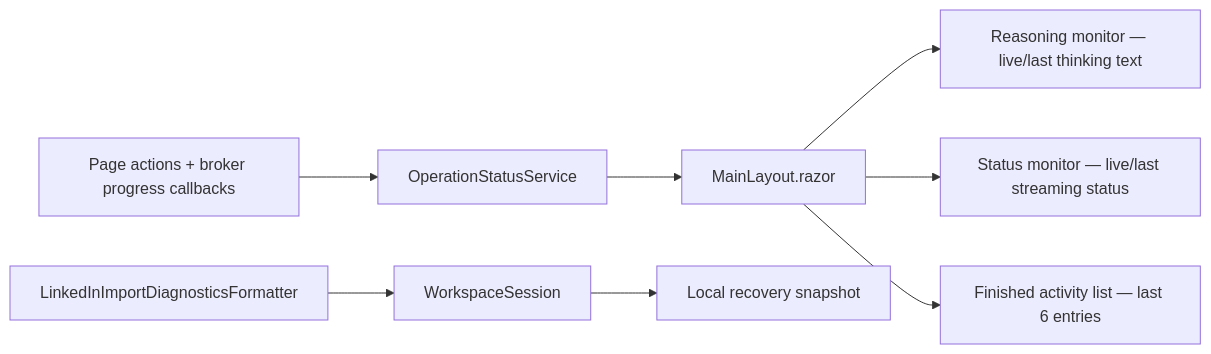
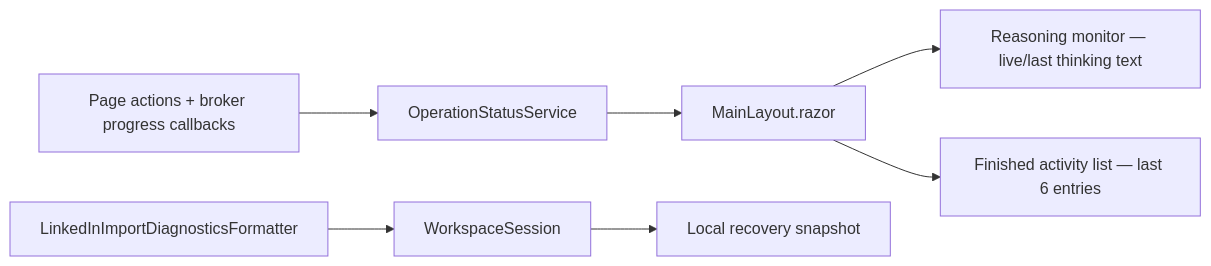
Diagram 20 of 20 in docs/details.md (hennie42/li-jobber), drawn with Mermaid before and after one commit. The commit also changed other lines of this file and 79 other files, not shown here.

````diff
--- a/docs/details.md
+++ b/docs/details.md
@@ -1036,10 +1036,9 @@
 ```mermaid
 graph LR
     A[Page actions + broker progress callbacks] --> B[OperationStatusService]
     B --> C[MainLayout.razor]
     C --> D[Reasoning monitor — live/last thinking text]
-    C --> E[Status monitor — live/last streaming status]
     C --> F[Finished activity list — last 6 entries]
     G[WorkspaceSession] --> H[Local recovery snapshot]
     I[LinkedInImportDiagnosticsFormatter] --> G
 ```
````
